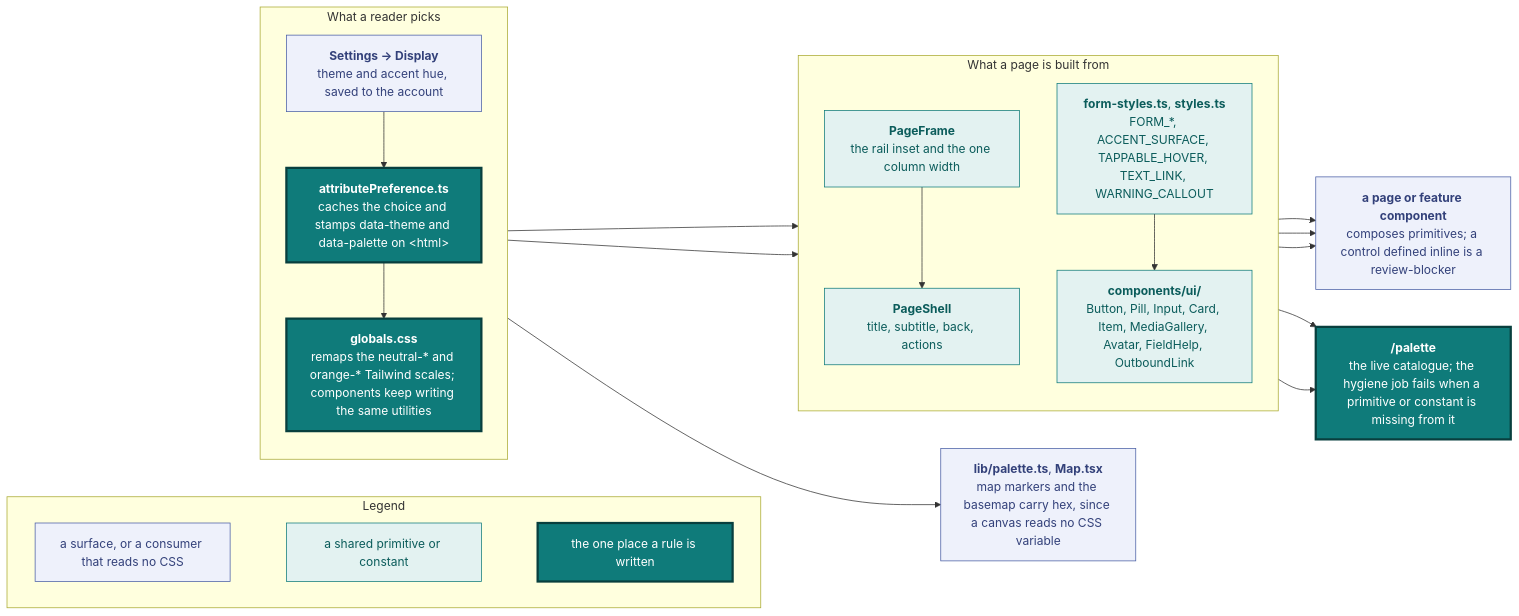
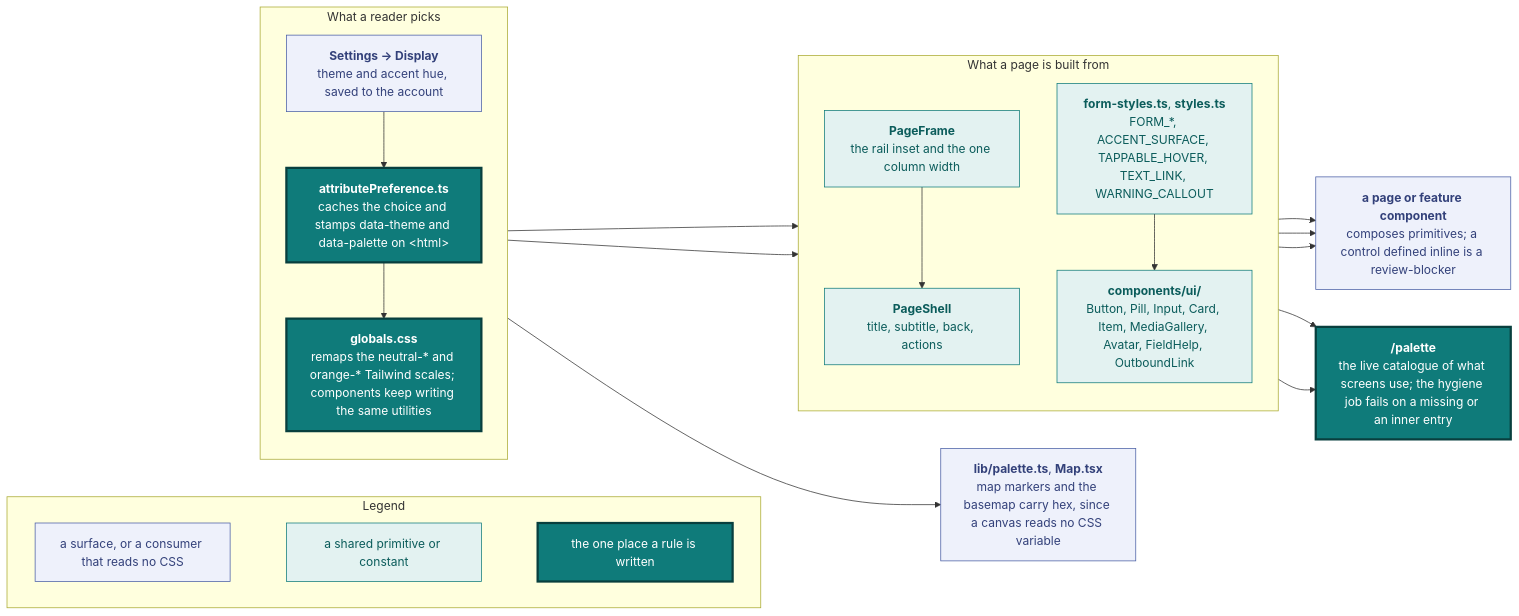
Before and after one commit to vidithq/vidit: the first of 23 diagrams in docs/design.md, drawn with Mermaid. The commit also changed other lines of this file and 23 other files, not shown here.

First line of the commit message:
refactor(palette): show only what screens use as it is

````diff
--- a/docs/design.md
+++ b/docs/design.md
@@ -5,56 +5,56 @@
 ```mermaid
 flowchart LR
   classDef spec fill:#eef1fb,stroke:#4a5fa5,color:#33417a
   classDef shared fill:#e3f2f1,stroke:#0f7b7a,color:#0b5c5b
   classDef core fill:#0f7b7a,stroke:#083f3e,stroke-width:3px,color:#ffffff
 
   subgraph legend [Legend]
     direction LR
     l1["`a surface, or a consumer that reads no CSS`"]:::spec
     l2["`a shared primitive or constant`"]:::shared
     l3["`the one place a rule is written`"]:::core
     l1 ~~~ l2 ~~~ l3
   end
 
   subgraph pref [What a reader picks]
     direction TB
     settings["`**Settings → Display**
     theme and accent hue, saved to the account`"]:::spec
     attr["`**attributePreference.ts**
     caches the choice and stamps data-theme and data-palette on &lt;html&gt;`"]:::core
     globals["`**globals.css**
     remaps the neutral-* and orange-* Tailwind scales; components keep writing the same utilities`"]:::core
     settings --> attr --> globals
   end
 
   canvas["`**lib/palette.ts**, **Map.tsx**
   map markers and the basemap carry hex, since a canvas reads no CSS variable`"]:::spec
 
   subgraph build [What a page is built from]
     direction TB
     frame["`**PageFrame**
     the rail inset and the one column width`"]:::shared
     shell["`**PageShell**
     title, subtitle, back, actions`"]:::shared
     prims["`**components/ui/**
     Button, Pill, Input, Card, Item, MediaGallery, Avatar, FieldHelp, OutboundLink`"]:::shared
     consts["`**form-styles.ts**, **styles.ts**
     FORM_*, ACCENT_SURFACE, TAPPABLE_HOVER, TEXT_LINK, WARNING_CALLOUT`"]:::shared
     frame --> shell
     consts --> prims
   end
 
   page["`**a page or feature component**
   composes primitives; a control defined inline is a review-blocker`"]:::spec
   catalogue["`**/palette**
-  the live catalogue; the hygiene job fails when a primitive or constant is missing from it`"]:::core
+  the live catalogue of what screens use; the hygiene job fails on a missing or an inner entry`"]:::core
 
   globals --> prims
   globals --> consts
   attr --> canvas
   shell --> page
   prims --> page
   consts --> page
   prims --> catalogue
   consts --> catalogue
 ```
````
